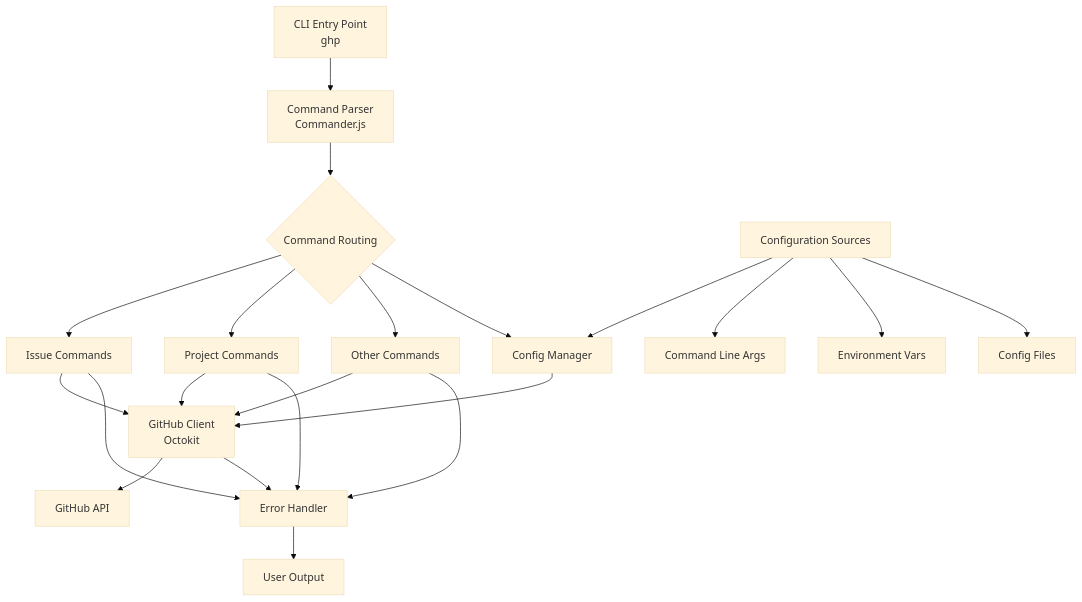
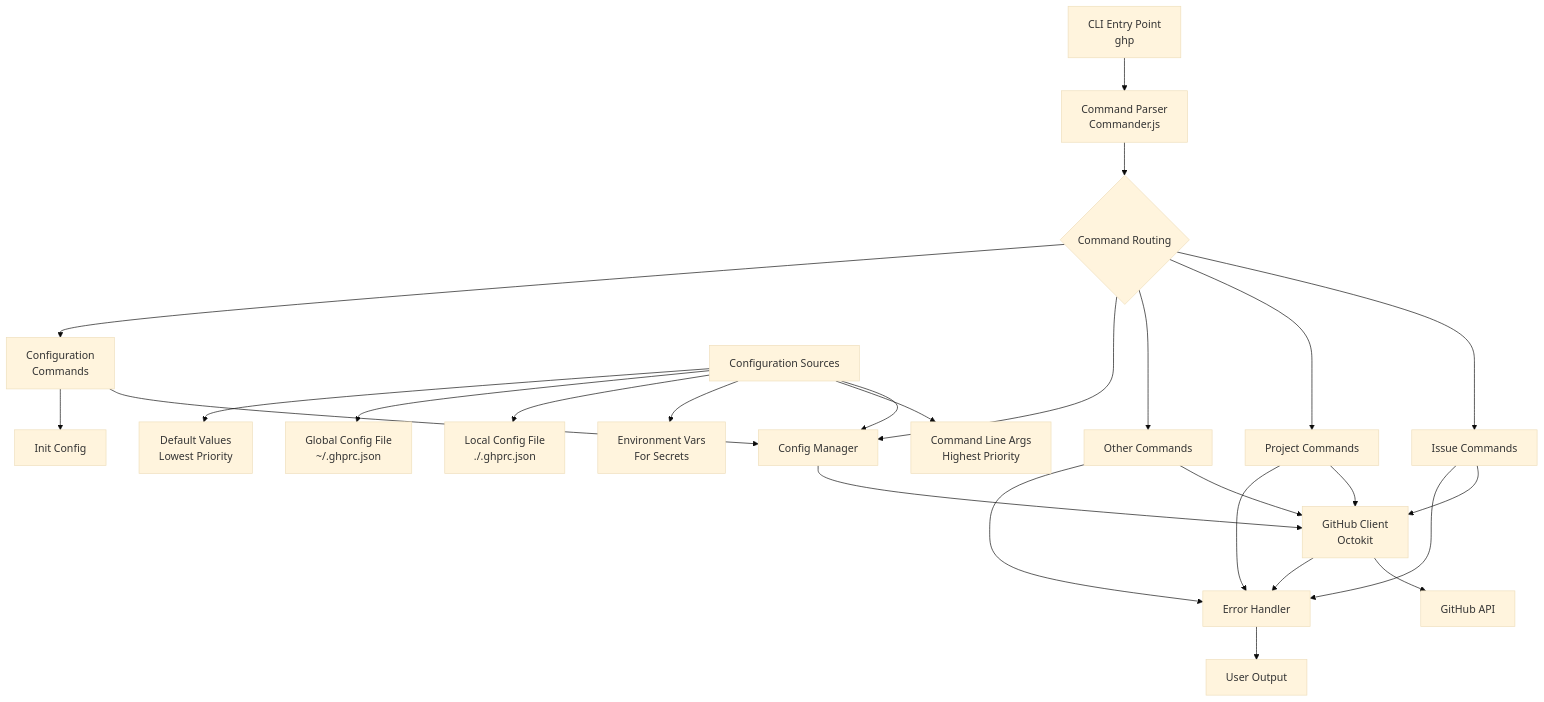
The diagram in docs/architecture-diagram.md (ssouron/ghp-connector), drawn with Mermaid (base theme) before and after one commit. The commit also changed other lines of this file and 6 other files, not shown here.

Commit message:
feat(config): implement configuration file mechanism

````diff
--- a/docs/architecture-diagram.md
+++ b/docs/architecture-diagram.md
@@ -5,28 +5,34 @@
 ```mermaid
 graph TD
     A[CLI Entry Point<br>ghp] --> B[Command Parser<br>Commander.js]
     B --> C{Command Routing}
     
     C --> D[Issue Commands]
     C --> E[Project Commands]
     C --> F[Other Commands]
     C --> G[Config Manager]
+    C --> CM[Configuration<br>Commands]
     
     D --> H[GitHub Client<br>Octokit]
     E --> H
     F --> H
     G --> H
     
     H --> I[GitHub API]
     
     J[Configuration Sources] --> G
-    J --> J1[Command Line Args]
-    J --> J2[Environment Vars]
-    J --> J3[Config Files]
+    J --> J1[Command Line Args<br>Highest Priority]
+    J --> J2[Environment Vars<br>For Secrets]
+    J --> J3[Local Config File<br>./.ghprc.json]
+    J --> J4[Global Config File<br>~/.ghprc.json]
+    J --> J5[Default Values<br>Lowest Priority]
+    
+    CM --> G
+    CM --> CM1[Init Config]
     
     K[Error Handler] --> L[User Output]
     H --> K
     D --> K
     E --> K
     F --> K
 ```
````
